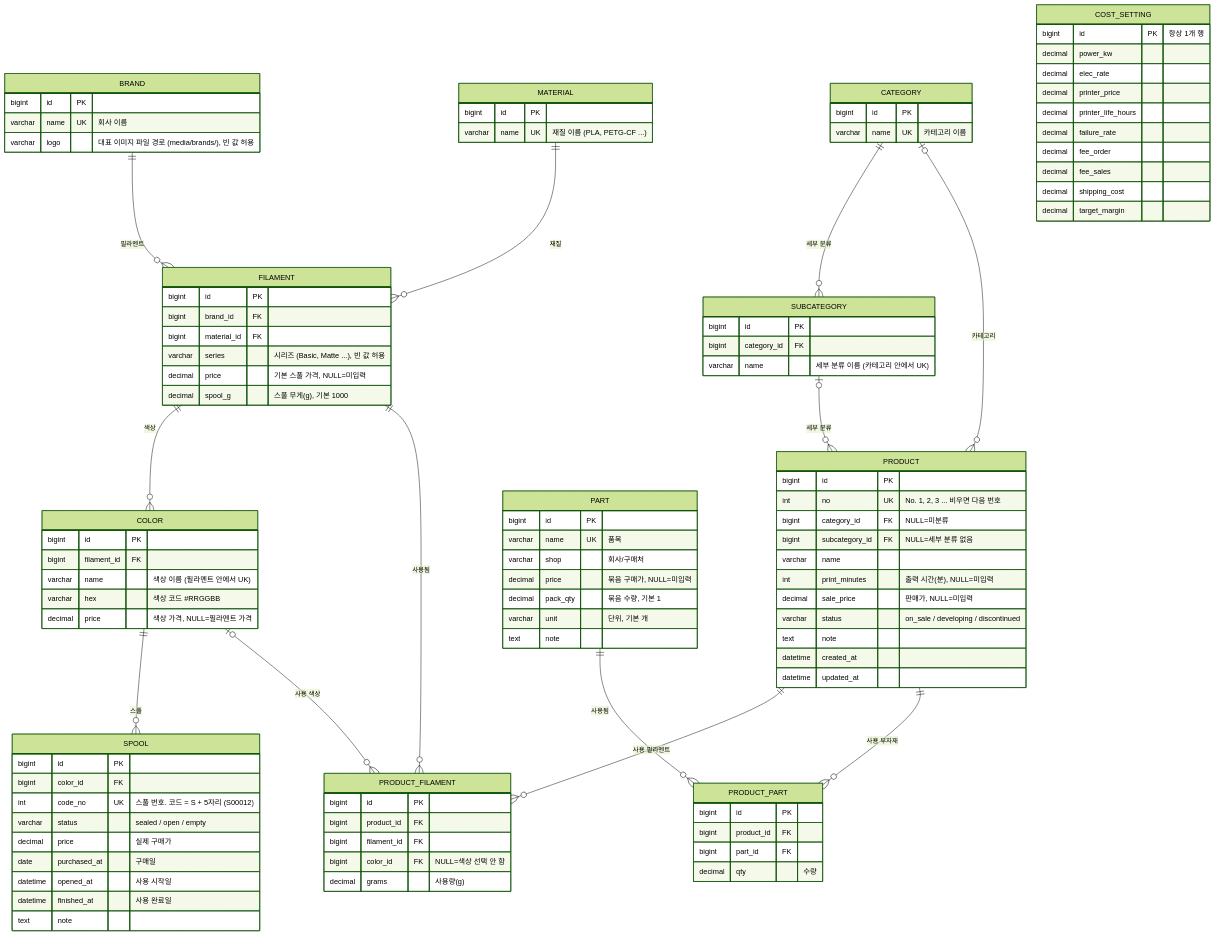
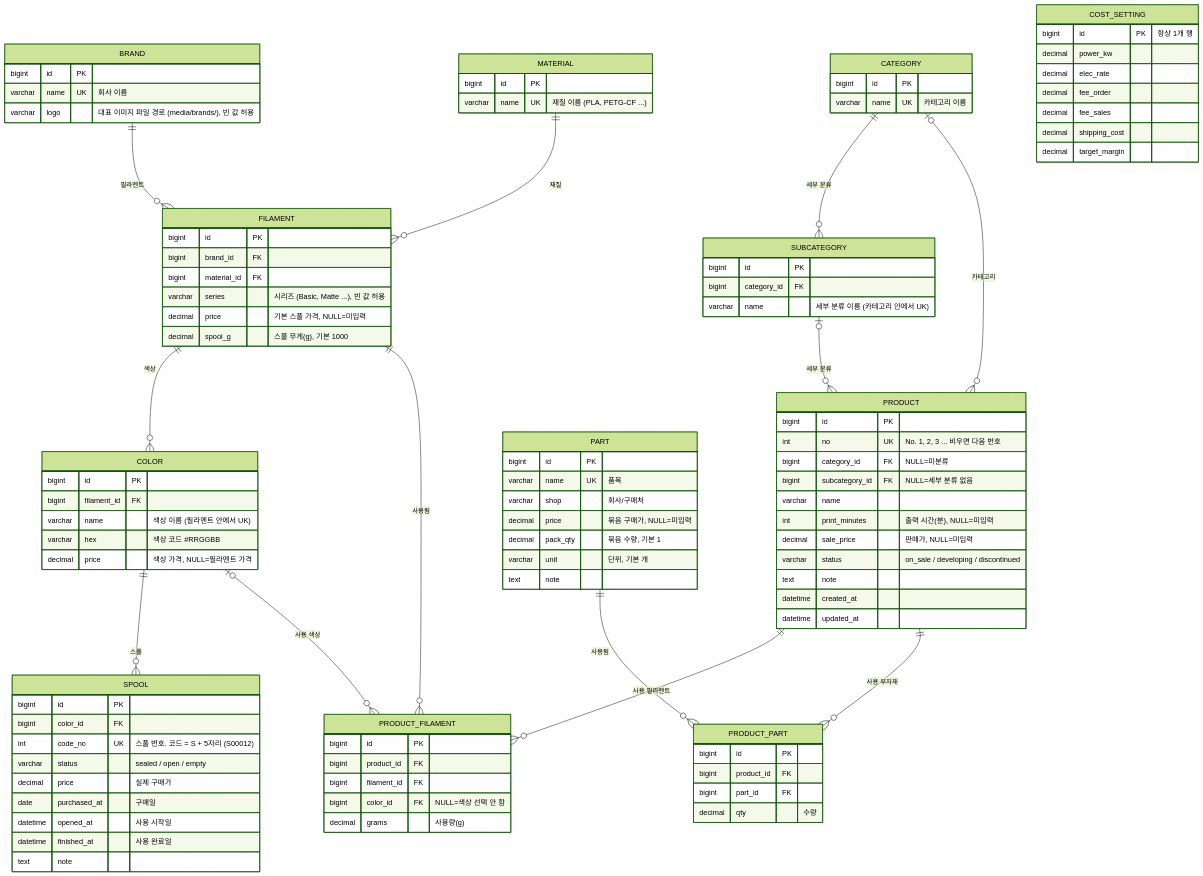
One commit to probeV/3D-Farm-Farm changed the diagram in docs/ERD.md. Above: the diagram before and after it, drawn with Mermaid (forest theme). The commit also changed other lines of this file and 5 other files, not shown here.

```diff
--- a/docs/ERD.md
+++ b/docs/ERD.md
@@ -102,9 +102,6 @@
         bigint id PK "항상 1개 행"
         decimal power_kw
         decimal elec_rate
-        decimal printer_price
-        decimal printer_life_hours
-        decimal failure_rate
         decimal fee_order
         decimal fee_sales
         decimal shipping_cost
```
